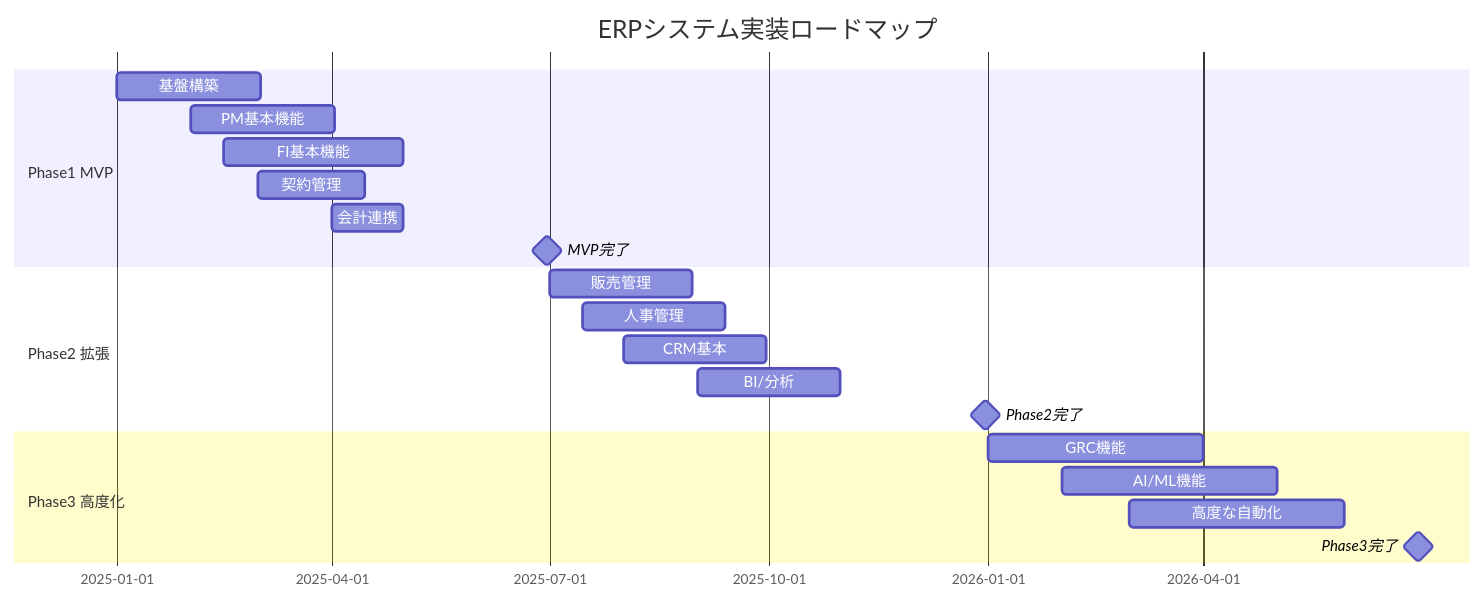
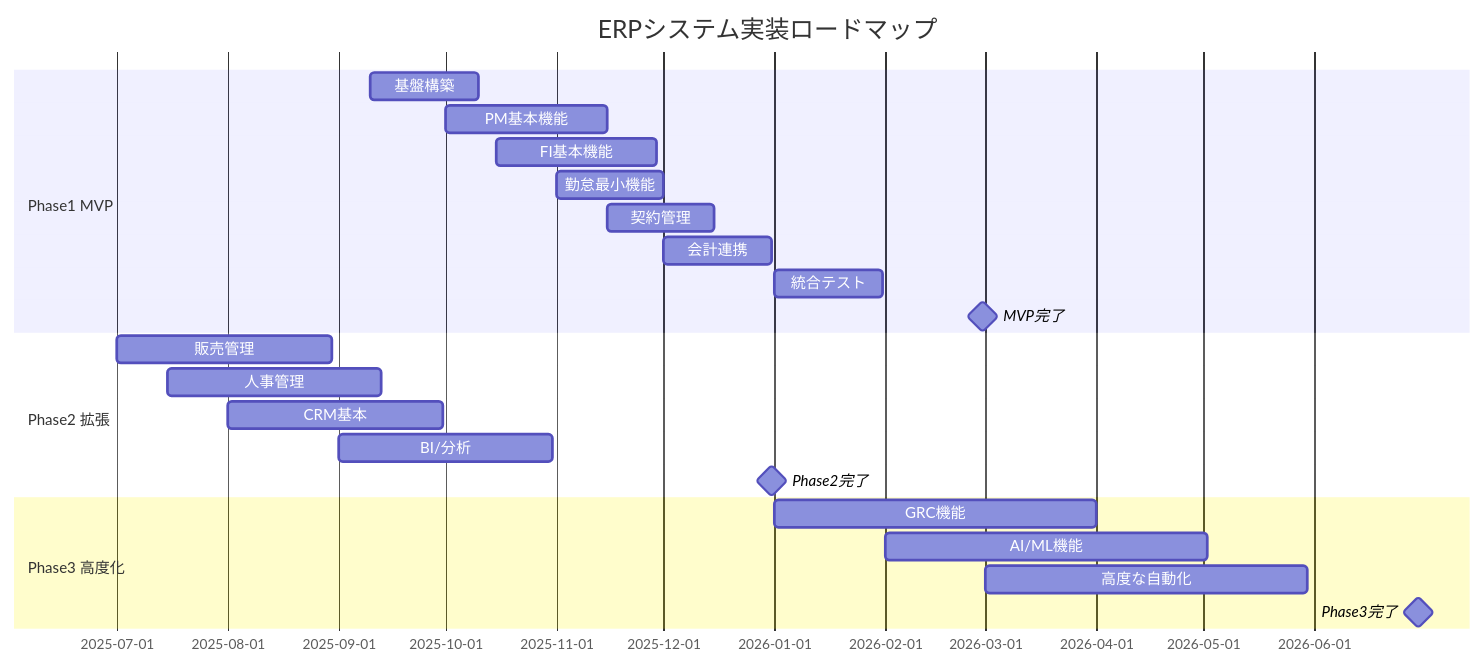
One commit to itdojp/ITDO_ERP3 changed the second of 2 diagrams in integrated-specs/00-overview/system-overview.md. Above: the diagram before and after it, drawn with Mermaid. The commit also changed other lines of this file and 5 other files, not shown here.

````diff
--- a/integrated-specs/00-overview/system-overview.md
+++ b/integrated-specs/00-overview/system-overview.md
@@ -193,26 +206,28 @@
 ```mermaid
 gantt
     title ERPシステム実装ロードマップ
     dateFormat YYYY-MM-DD
     
     section Phase1 MVP
-    基盤構築           :2025-01-01, 60d
-    PM基本機能         :2025-02-01, 60d
-    FI基本機能         :2025-02-15, 75d
-    契約管理           :2025-03-01, 45d
-    会計連携           :2025-04-01, 30d
-    MVP完了            :milestone, 2025-06-30, 0d
+    基盤構築           :2025-09-10, 30d
+    PM基本機能         :2025-10-01, 45d
+    FI基本機能         :2025-10-15, 45d
+    勤怠最小機能       :2025-11-01, 30d
+    契約管理           :2025-11-15, 30d
+    会計連携           :2025-12-01, 30d
+    統合テスト         :2026-01-01, 30d
+    MVP完了            :milestone, 2026-02-28, 0d
     
     section Phase2 拡張
     販売管理           :2025-07-01, 60d
     人事管理           :2025-07-15, 60d
     CRM基本            :2025-08-01, 60d
     BI/分析            :2025-09-01, 60d
     Phase2完了         :milestone, 2025-12-31, 0d
     
     section Phase3 高度化
     GRC機能            :2026-01-01, 90d
     AI/ML機能          :2026-02-01, 90d
     高度な自動化       :2026-03-01, 90d
     Phase3完了         :milestone, 2026-06-30, 0d
 ```
````
